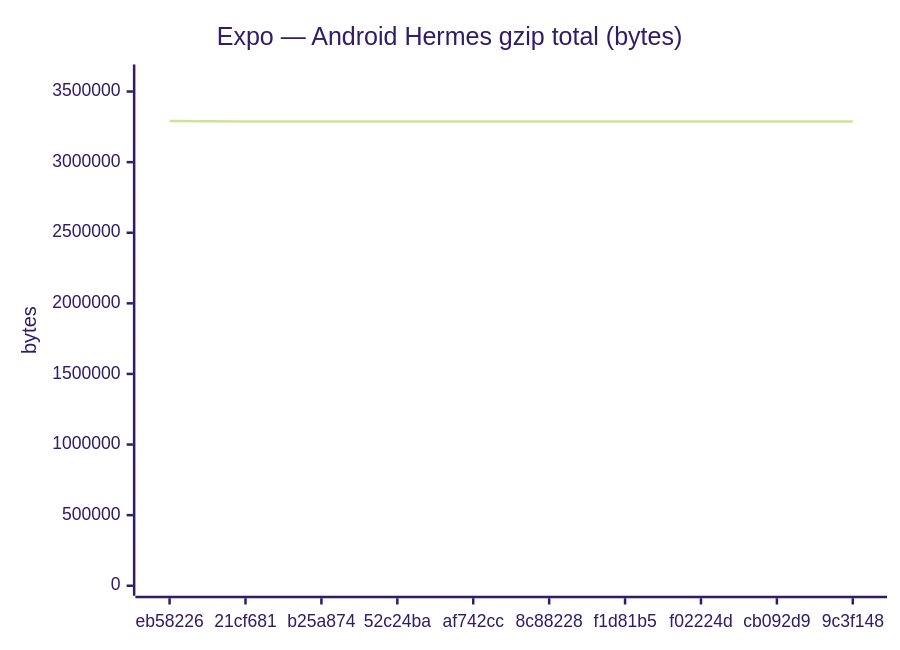
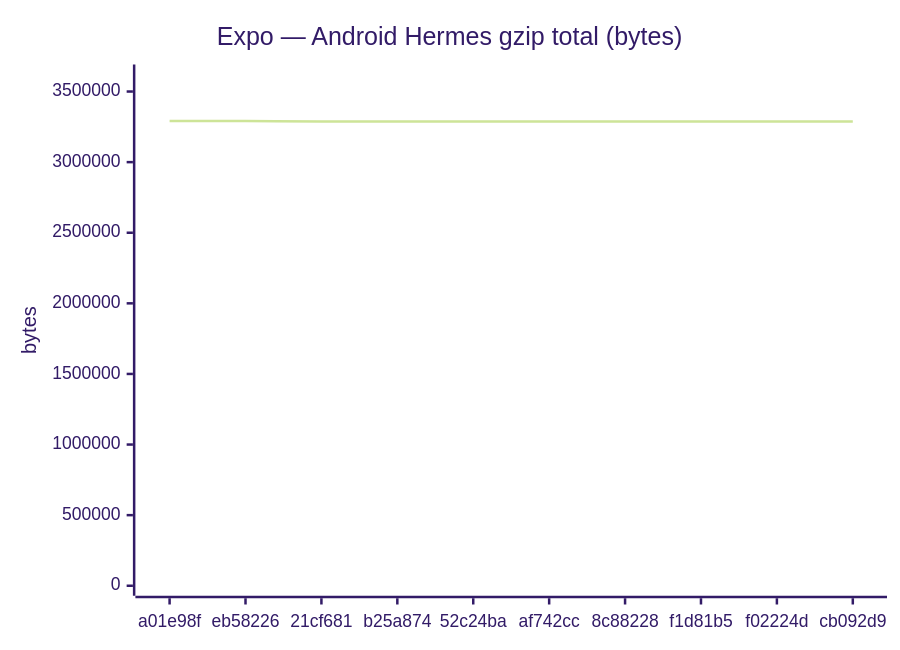
Before and after one commit to Metaheurist/Rianell: the fifth of 18 diagrams in benchmarks/compare.md, drawn with Mermaid (forest theme). The commit also changed other lines of this file and 11 other files, not shown here.

````diff
--- a/benchmarks/compare.md
+++ b/benchmarks/compare.md
@@ -89,7 +89,7 @@
 ```mermaid
 xychart-beta
     title "Expo — Android Hermes gzip total (bytes)"
-    x-axis ["eb58226", "21cf681", "b25a874", "52c24ba", "af742cc", "8c88228", "f1d81b5", "f02224d", "cb092d9", "9c3f148"]
+    x-axis ["a01e98f", "eb58226", "21cf681", "b25a874", "52c24ba", "af742cc", "8c88228", "f1d81b5", "f02224d", "cb092d9"]
     y-axis "bytes" 0 --> 3620611
-    line [3291464, 3287427, 3287424, 3287423, 3287424, 3287869, 3287424, 3287426, 3287424, 3287424]
+    line [3291455, 3291464, 3287427, 3287424, 3287423, 3287424, 3287869, 3287424, 3287426, 3287424]
 ```
````
